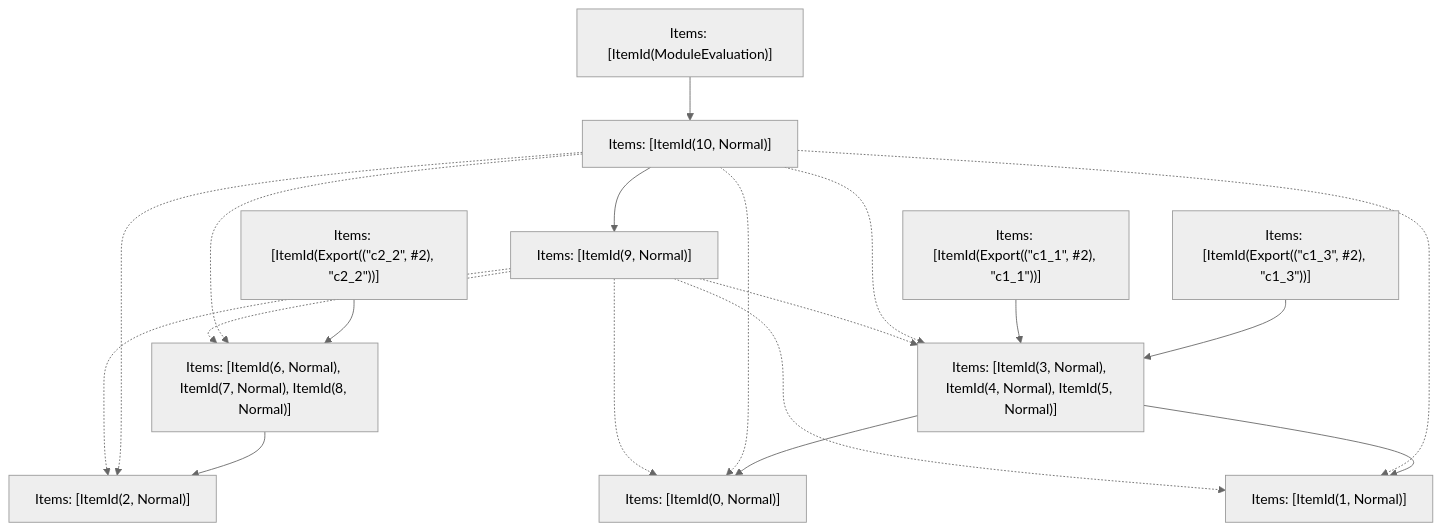
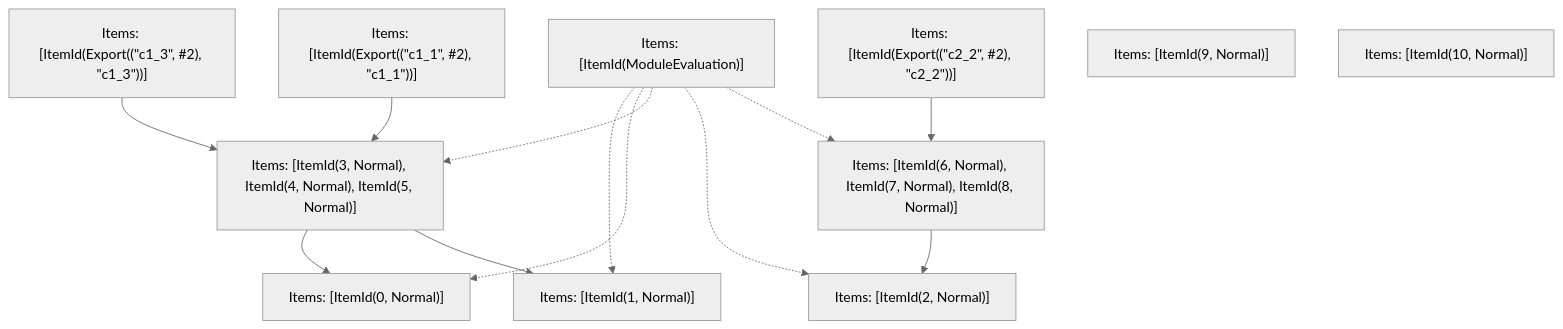
Before and after one commit to Sonar-UX-Testing-FreePlan/next.js: the fifth of 5 diagrams in turbopack/crates/turbopack-ecmascript/tests/tree-shaker/analyzer/3/output.md, drawn with Mermaid (neutral theme). The commit also changed other lines of this file and 38 other files, not shown here.

````diff
--- a/turbopack/crates/turbopack-ecmascript/tests/tree-shaker/analyzer/3/output.md
+++ b/turbopack/crates/turbopack-ecmascript/tests/tree-shaker/analyzer/3/output.md
@@ -320,32 +320,25 @@
 ```mermaid
 graph TD
     N0["Items: [ItemId(ModuleEvaluation)]"];
     N1["Items: [ItemId(Export((&quot;c1_1&quot;, #2), &quot;c1_1&quot;))]"];
     N2["Items: [ItemId(Export((&quot;c1_3&quot;, #2), &quot;c1_3&quot;))]"];
     N3["Items: [ItemId(Export((&quot;c2_2&quot;, #2), &quot;c2_2&quot;))]"];
     N4["Items: [ItemId(0, Normal)]"];
     N5["Items: [ItemId(1, Normal)]"];
     N6["Items: [ItemId(2, Normal)]"];
     N7["Items: [ItemId(3, Normal), ItemId(4, Normal), ItemId(5, Normal)]"];
     N8["Items: [ItemId(6, Normal), ItemId(7, Normal), ItemId(8, Normal)]"];
     N9["Items: [ItemId(9, Normal)]"];
     N10["Items: [ItemId(10, Normal)]"];
-    N9 -.-> N7;
-    N9 -.-> N4;
-    N9 -.-> N5;
-    N9 -.-> N8;
-    N9 -.-> N6;
-    N10 -.-> N8;
-    N10 --> N9;
-    N10 -.-> N7;
-    N10 -.-> N4;
-    N10 -.-> N5;
-    N10 -.-> N6;
+    N0 -.-> N5;
+    N0 -.-> N4;
+    N0 -.-> N7;
+    N0 -.-> N6;
+    N0 -.-> N8;
+    N2 --> N7;
     N1 --> N7;
-    N2 --> N7;
     N3 --> N8;
     N7 --> N4;
     N7 --> N5;
     N8 --> N6;
-    N0 --> N10;
 ```
````
